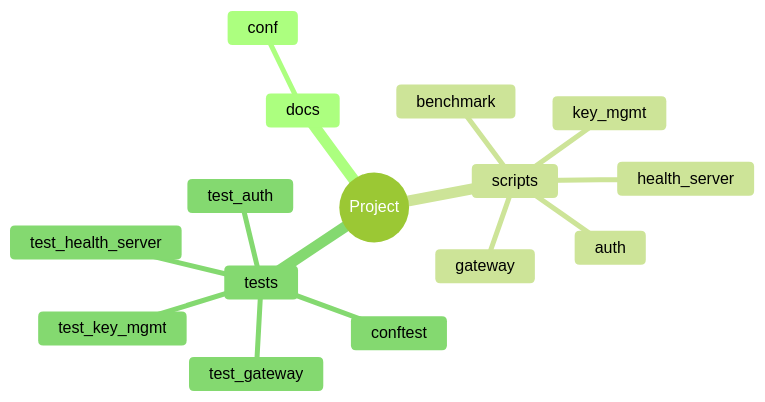
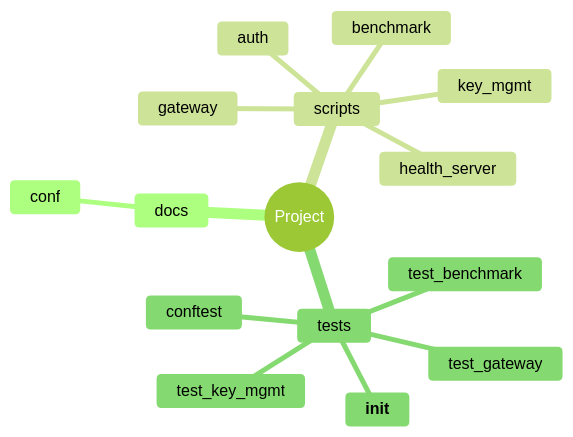
Before and after one commit to zepfu/llama-gguf-inference: the fifth of 8 diagrams in docs/auto/ARCHITECTURE_AUTO.md, drawn with Mermaid (forest theme). The commit also changed other lines of this file and 2 other files, not shown here.

````diff
--- a/docs/auto/ARCHITECTURE_AUTO.md
+++ b/docs/auto/ARCHITECTURE_AUTO.md
@@ -179,18 +179,18 @@
 ```mermaid
 mindmap
   root((Project))
     docs
       conf
     scripts
+      benchmark
+      auth
       health_server
       key_mgmt
-      auth
       gateway
-      benchmark
     tests
-      test_auth
+      test_gateway
+      __init__
+      conftest
       test_key_mgmt
-      test_health_server
-      conftest
-      test_gateway
+      test_benchmark
 ```
````
